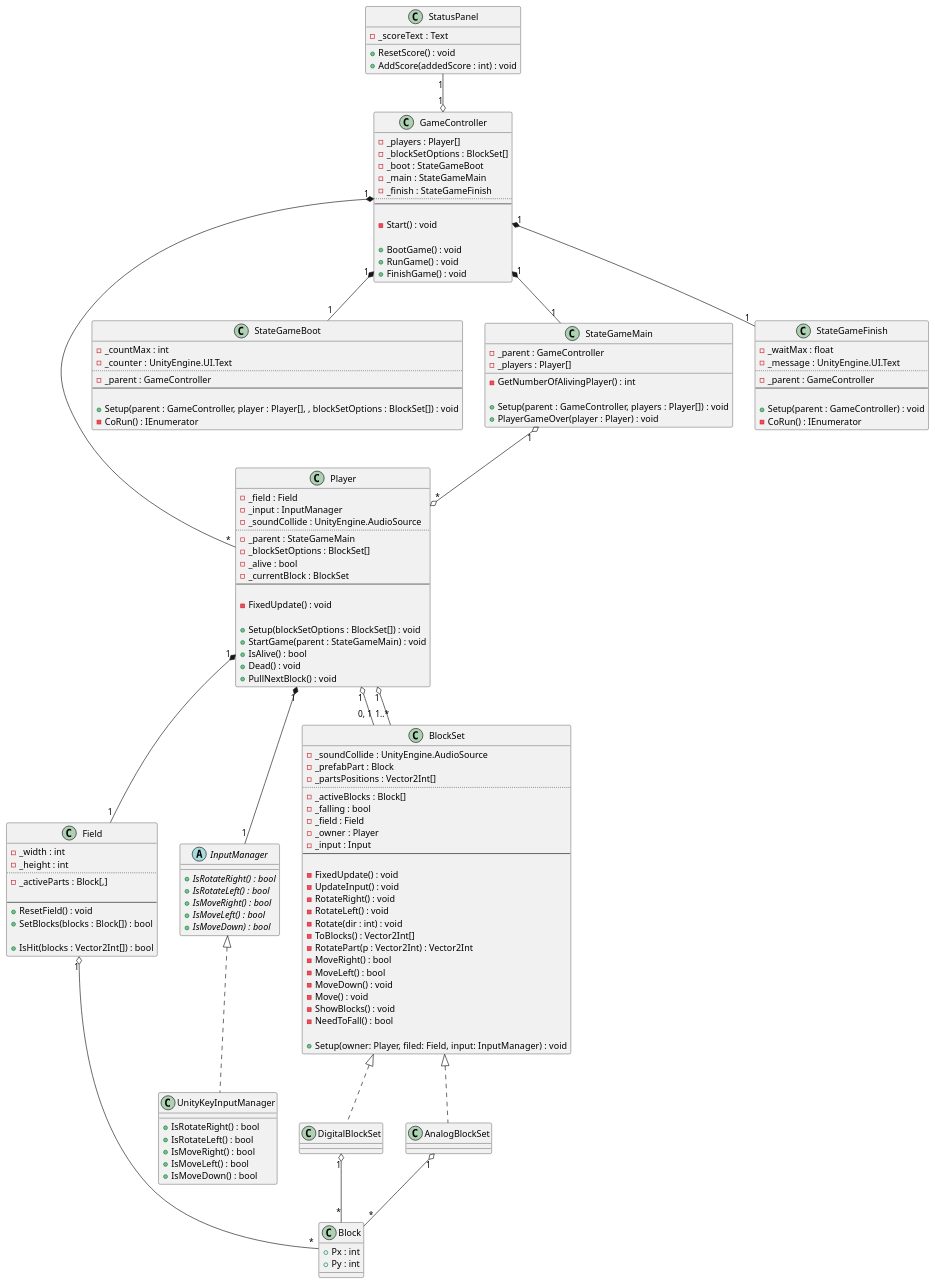
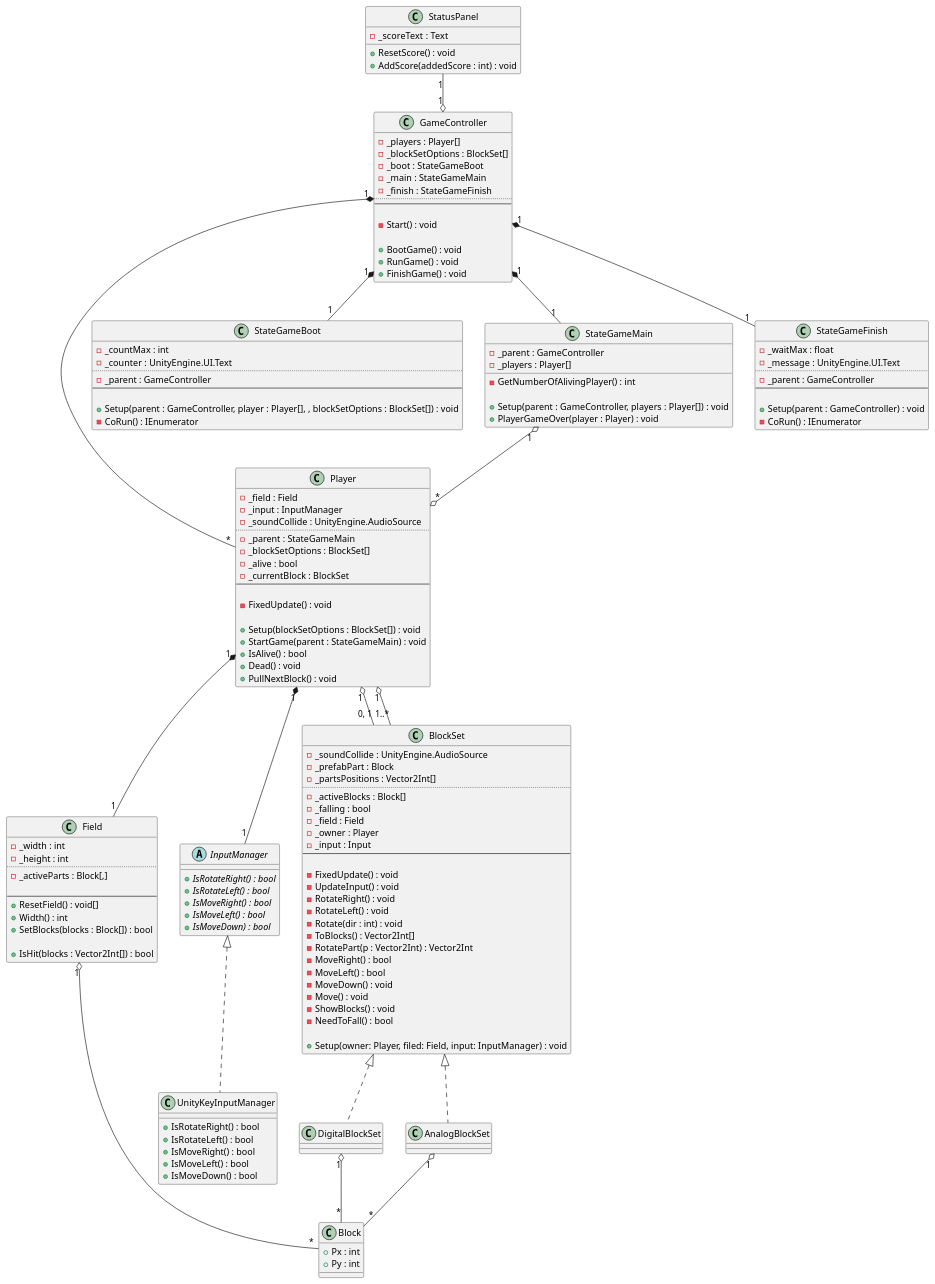
One commit to azarashin/UnityTetris changed the diagram in Documents/PlantUML/CD_Main.pu. Above: the diagram before and after it, drawn with PlantUML. The commit also changed 1 other file, not shown here.

Commit message:
設計図を更新。これで実装に移る。

```diff
--- a/Documents/PlantUML/CD_Main.pu
+++ b/Documents/PlantUML/CD_Main.pu
@@ -1,182 +1,183 @@
 @startuml
 
 class Block
 {
     + Px : int
     + Py : int
 }
 
 ' フィールドの状態を管理する
 class Field
 {
     - _width : int
     - _height : int
     ..
     - _activeParts : Block[,]
 
     --
-    + ResetField() : void
+    + ResetField() : void[]
+    + Width() : int
     ' @return ブロックが積みあがってしまったらtrue, そうでなければfalse を返す
     + SetBlocks(blocks : Block[]) : bool
 
     + IsHit(blocks : Vector2Int[]) : bool
 }
 
 ' ゲームの進行を管理する
 class GameController
 {
     - _players : Player[]
     - _blockSetOptions : BlockSet[]
     - _boot : StateGameBoot
     - _main : StateGameMain
     - _finish : StateGameFinish
     ..
     --
 
     - Start() : void
 
     + BootGame() : void
     + RunGame() : void
     + FinishGame() : void
 }
 
 class Player
 {
     - _field : Field
     - _input : InputManager
     - _soundCollide : UnityEngine.AudioSource
     ..
     - _parent : StateGameMain
     - _blockSetOptions : BlockSet[]
     - _alive : bool
     - _currentBlock : BlockSet
     --
 
     - FixedUpdate() : void
 
     + Setup(blockSetOptions : BlockSet[]) : void
     + StartGame(parent : StateGameMain) : void
     + IsAlive() : bool
     + Dead() : void
     + PullNextBlock() : void
 }
 
 class StateGameBoot
 {
     - _countMax : int
     - _counter : UnityEngine.UI.Text
     ..
     - _parent : GameController
     --
 
     + Setup(parent : GameController, player : Player[], , blockSetOptions : BlockSet[]) : void
     - CoRun() : IEnumerator
 }
 
 class StateGameMain
 {
     - _parent : GameController
     - _players : Player[]
 
     - GetNumberOfAlivingPlayer() : int
 
     + Setup(parent : GameController, players : Player[]) : void
     + PlayerGameOver(player : Player) : void
 }
 
 class StateGameFinish
 {
     - _waitMax : float
     - _message : UnityEngine.UI.Text
     ..
     - _parent : GameController
     --
 
     + Setup(parent : GameController) : void
     - CoRun() : IEnumerator
 }
 
 abstract class InputManager
 {
     + {abstract} IsRotateRight() : bool
     + {abstract} IsRotateLeft() : bool
     + {abstract} IsMoveRight() : bool
     + {abstract} IsMoveLeft() : bool
     + {abstract} IsMoveDown) : bool
 }
 
 class UnityKeyInputManager
 {
     + IsRotateRight() : bool
     + IsRotateLeft() : bool
     + IsMoveRight() : bool
     + IsMoveLeft() : bool
     + IsMoveDown() : bool
 }
 
 ' ブロックの状態を管理する
 class BlockSet
 {
     - _soundCollide : UnityEngine.AudioSource
     - _prefabPart : Block
     - _partsPositions : Vector2Int[]
     ..
     - _activeBlocks : Block[]
     - _falling : bool
     - _field : Field
     - _owner : Player
     - _input : Input
     --
 
     - FixedUpdate() : void
     - UpdateInput() : void
     - RotateRight() : void
     - RotateLeft() : void
     - Rotate(dir : int) : void
     - ToBlocks() : Vector2Int[]
     - RotatePart(p : Vector2Int) : Vector2Int
     ' @return 移動できる場合はtrue, 何かにぶつかって移動できない場合はfalse
     - MoveRight() : bool
     ' @return 移動できる場合はtrue, 何かにぶつかって移動できない場合はfalse
     - MoveLeft() : bool
     - MoveDown() : void
     - Move() : void
     - ShowBlocks() : void
     - NeedToFall() : bool
 
     + Setup(owner: Player, filed: Field, input: InputManager) : void
 }
 
 
 class StatusPanel
 {
     - _scoreText : Text
  
     + ResetScore() : void
     + AddScore(addedScore : int) : void
 }
 
 Player "1" *-- "1" Field
 Player "1" o-- "0, 1" BlockSet
 Player "1" o-- "1..*" BlockSet
 Player "1" *-- "1" InputManager
 
 GameController "1" *-- "*" Player
 GameController "1" *-- "1" StateGameBoot
 GameController "1" *-- "1" StateGameMain
 GameController "1" *-- "1" StateGameFinish
 
 StateGameMain "1" o--o "*" Player
 
 StatusPanel "1" --o "1" GameController
 
 BlockSet <|.. DigitalBlockSet
 BlockSet <|.. AnalogBlockSet
 
 InputManager <|.. UnityKeyInputManager
 
 Field "1" o-- "*" Block
 DigitalBlockSet "1" o-- "*" Block
 AnalogBlockSet "1" o-- "*" Block
 
 @enduml
```
